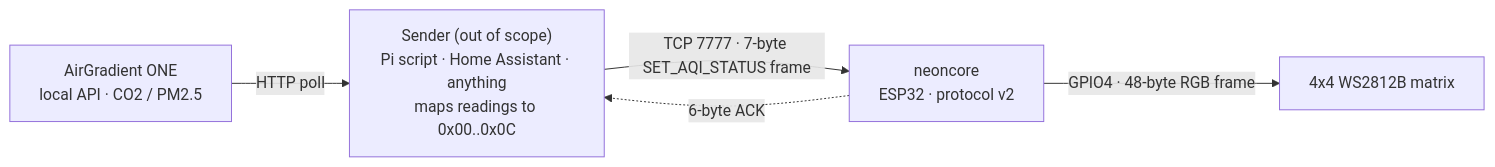
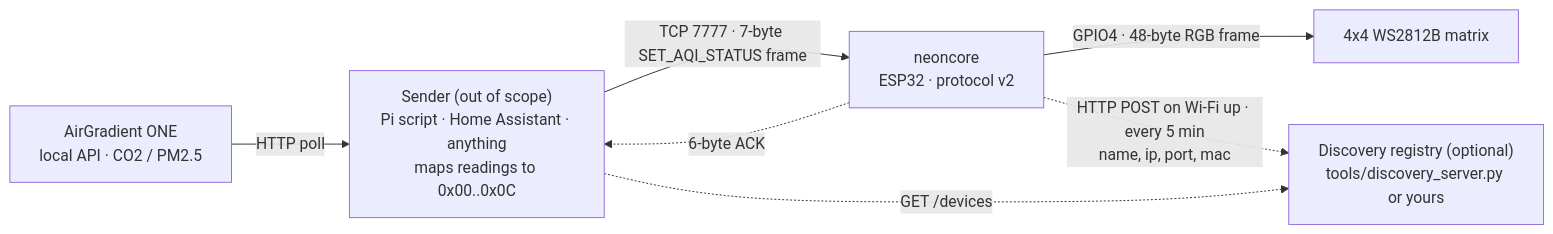
One commit to w0rxbend/neoncore changed the first of 6 diagrams in README.md. Above: the diagram before and after it, drawn with Mermaid. The commit also changed other lines of this file and 13 other files, not shown here.

````diff
--- a/README.md
+++ b/README.md
@@ -60,7 +61,9 @@
 ```mermaid
 flowchart LR
     AG["AirGradient ONE<br/>local API · CO2 / PM2.5"] -->|"HTTP poll"| S["Sender (out of scope)<br/>Pi script · Home Assistant · anything<br/>maps readings to 0x00..0x0C"]
     S -->|"TCP 7777 · 7-byte SET_AQI_STATUS frame"| N["neoncore<br/>ESP32 · protocol v2"]
     N -.->|"6-byte ACK"| S
     N -->|"GPIO4 · 48-byte RGB frame"| M["4x4 WS2812B matrix"]
+    N -.->|"HTTP POST on Wi-Fi up · every 5 min<br/>name, ip, port, mac"| R["Discovery registry (optional)<br/>tools/discovery_server.py or yours"]
+    S -.->|"GET /devices"| R
 ```
````
